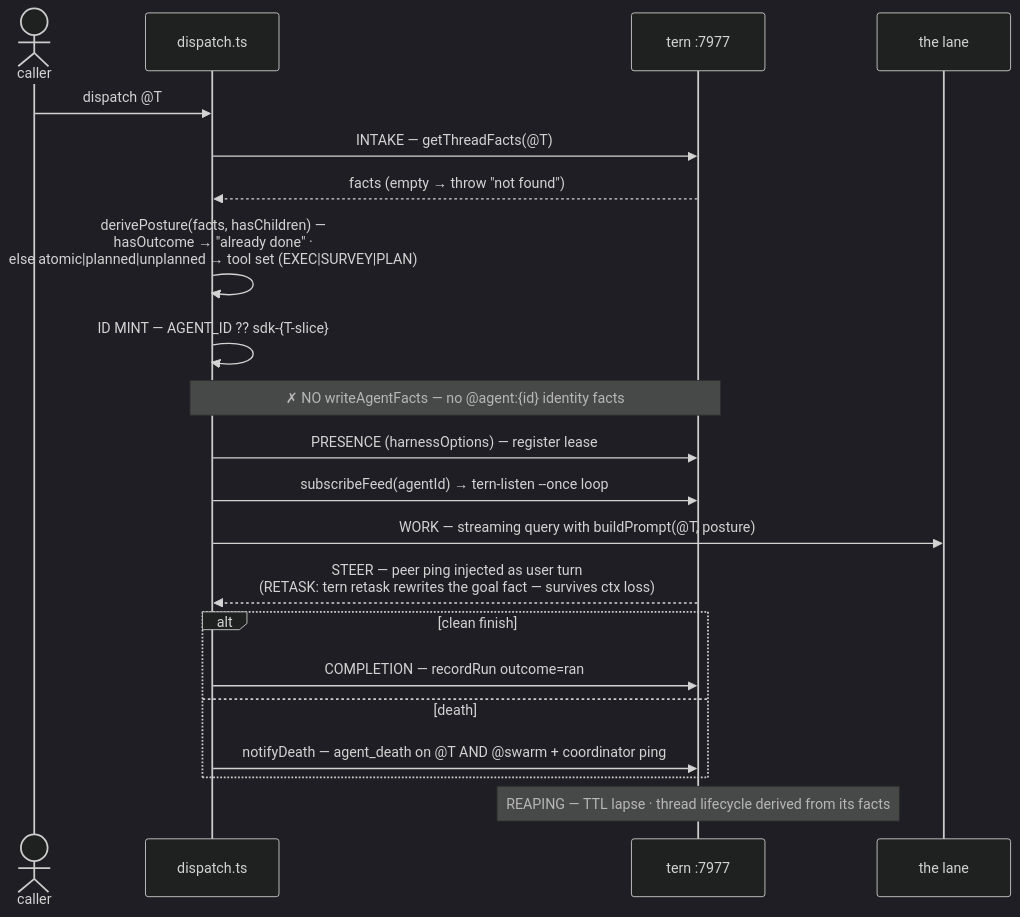
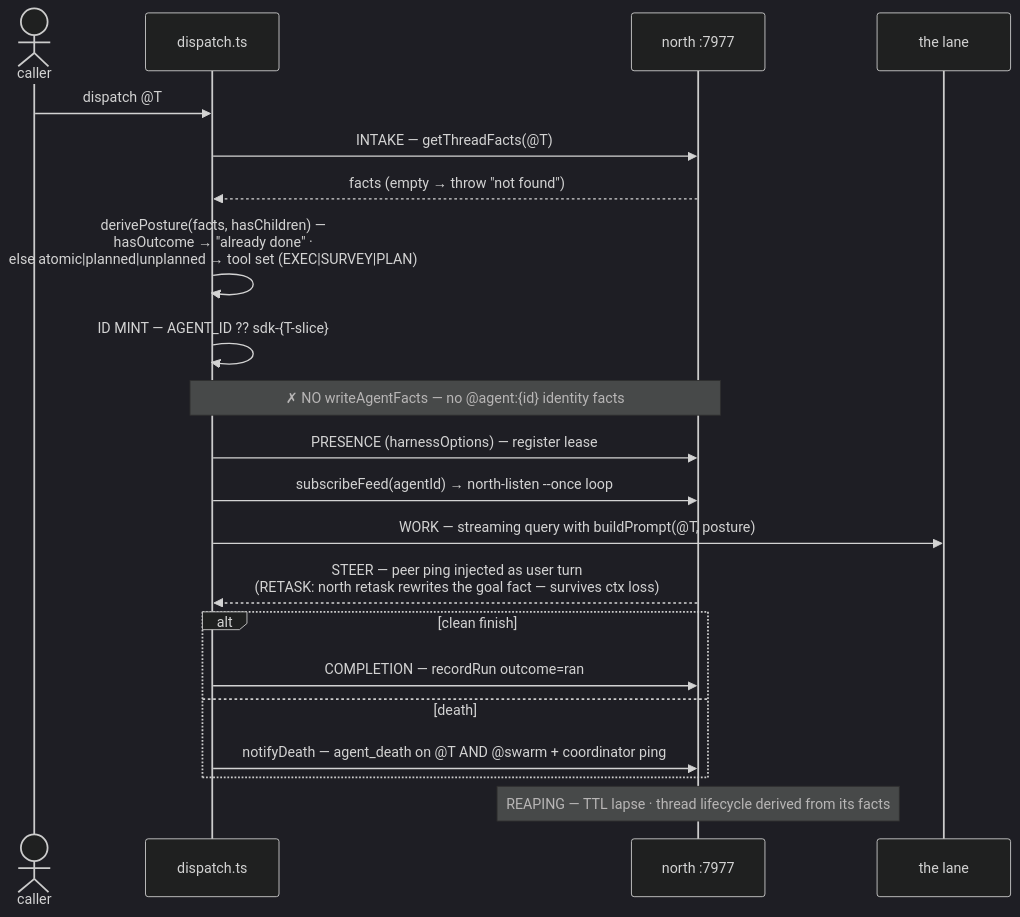
One commit to tompassarelli/firn changed the seventh of 10 diagrams in dotfiles/claude/docs/workflow-map.md. Above: the diagram before and after it, drawn with Mermaid (dark theme). The commit also changed other lines of this file and 7 other files, not shown here.

First line of the commit message:
rename(docs): tern→north — workflow-map, north.md, agent-protocol, praxis

````diff
--- a/dotfiles/claude/docs/workflow-map.md
+++ b/dotfiles/claude/docs/workflow-map.md
@@ -250,23 +250,23 @@
 ```mermaid
 sequenceDiagram
     actor CA as caller
     participant DI as dispatch.ts
-    participant T as tern :7977
+    participant T as north :7977
     participant L as the lane
     CA->>DI: dispatch @T
     DI->>T: INTAKE — getThreadFacts(@T)
     T-->>DI: facts (empty → throw "not found")
     DI->>DI: derivePosture(facts, hasChildren) —<br/>hasOutcome → "already done" ·<br/>else atomic|planned|unplanned → tool set (EXEC|SURVEY|PLAN)
     DI->>DI: ID MINT — AGENT_ID ?? sdk-{T-slice}
     Note over DI,T: ✗ NO writeAgentFacts — no @agent:{id} identity facts
     DI->>T: PRESENCE (harnessOptions) — register lease
-    DI->>T: subscribeFeed(agentId) → tern-listen --once loop
+    DI->>T: subscribeFeed(agentId) → north-listen --once loop
     DI->>L: WORK — streaming query with buildPrompt(@T, posture)
-    T-->>DI: STEER — peer ping injected as user turn<br/>(RETASK: tern retask rewrites the goal fact — survives ctx loss)
+    T-->>DI: STEER — peer ping injected as user turn<br/>(RETASK: north retask rewrites the goal fact — survives ctx loss)
     alt clean finish
         DI->>T: COMPLETION — recordRun outcome=ran
     else death
         DI->>T: notifyDeath — agent_death on @T AND @swarm + coordinator ping
     end
     Note over T: REAPING — TTL lapse · thread lifecycle derived from its facts
 ```
````
